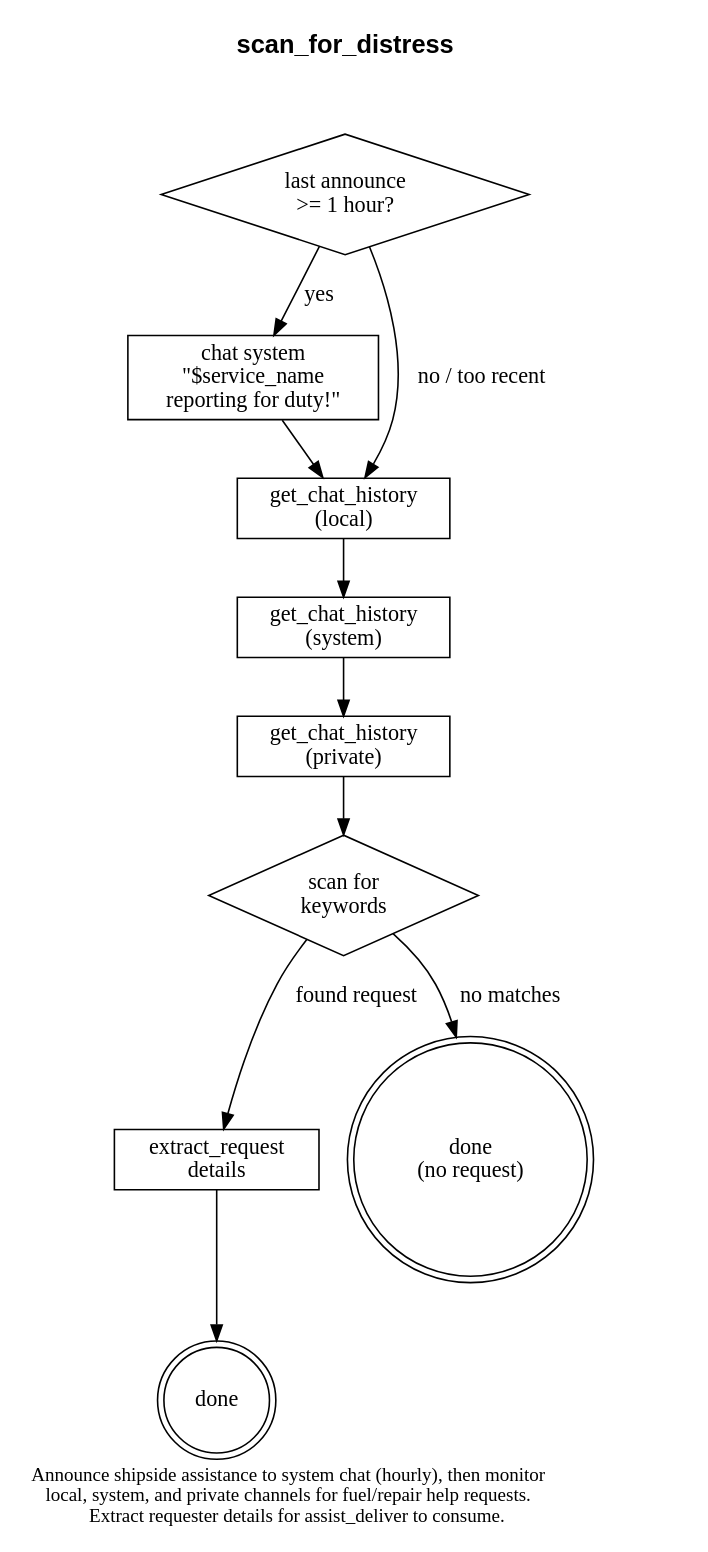
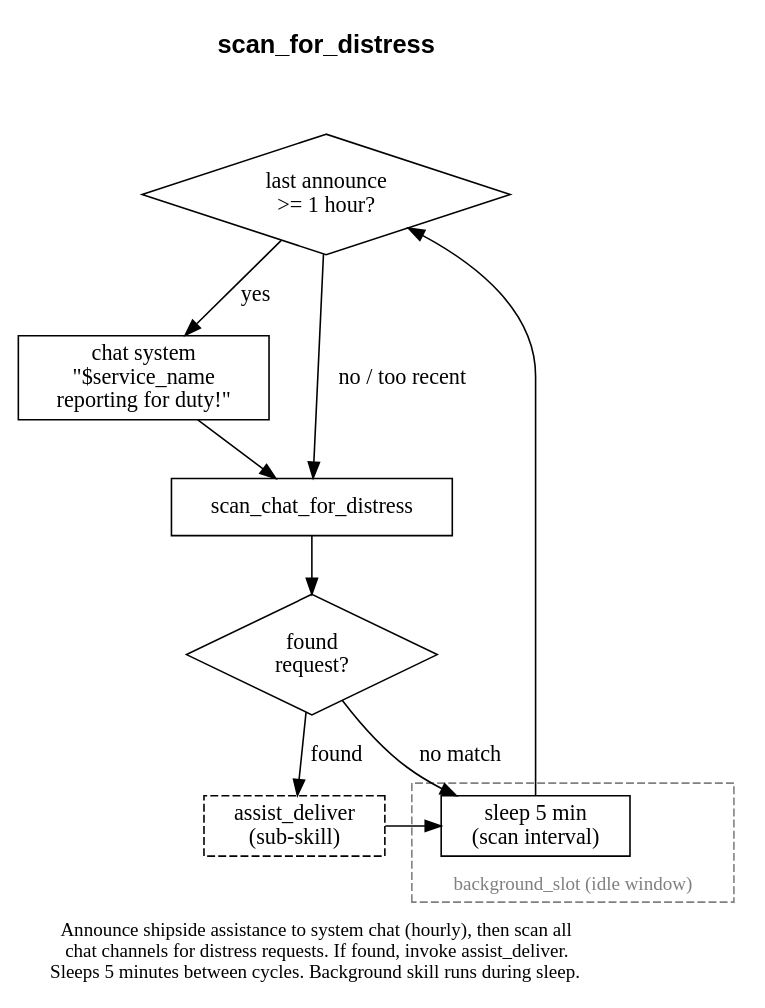
One commit to rsned/spacemolt changed the diagram in data/skills/scan_for_distress.dot. Above: the diagram before and after it, drawn with Graphviz. The commit also changed 6 other files, not shown here.

First line of the commit message:
feat(skills): add background_slot to scan_for_distress and mine_and_deposit skill

```diff
--- a/data/skills/scan_for_distress.dot
+++ b/data/skills/scan_for_distress.dot
@@ -1,33 +1,36 @@
 digraph scan_for_distress {
   label=<
-Announce shipside assistance to system chat (hourly), then monitor<br/>
-local, system, and private channels for fuel/repair help requests.<br/>
-Extract requester details for assist_deliver to consume.
+Announce shipside assistance to system chat (hourly), then scan all<br/>
+chat channels for distress requests. If found, invoke assist_deliver.<br/>
+Sleeps 5 minutes between cycles. Background skill runs during sleep.
 >
   labelloc=b
   fontsize=12
   rankdir=TB
 
   title [shape=none margin=0 fontsize=16 fontname="Helvetica-Bold" label="scan_for_distress"]
   title -> check_announce_cooldown [style=invis]
 
   check_announce_cooldown [shape=diamond label="last announce\n>= 1 hour?"]
   announce_services [shape=box label="chat system\n\"$service_name\nreporting for duty!\""]
-  get_local_chat [shape=box label="get_chat_history\n(local)"]
-  get_system_chat [shape=box label="get_chat_history\n(system)"]
-  get_private_chat [shape=box label="get_chat_history\n(private)"]
-  scan_messages [shape=diamond label="scan for\nkeywords"]
-  extract_request [shape=box label="extract_request\ndetails"]
-  done_no_request [shape=doublecircle label="done\n(no request)"]
-  done [shape=doublecircle label="done"]
+  scan_chats [shape=box label="scan_chat_for_distress"]
+  check_found [shape=diamond label="found\nrequest?"]
+  deliver_supplies [shape=box label="assist_deliver\n(sub-skill)" style=dashed]
+
+  subgraph cluster_idle {
+    label="background_slot (idle window)"
+    style=dashed
+    color=gray
+    fontcolor=gray
+    sleep_cycle [shape=box label="sleep 5 min\n(scan interval)"]
+  }
 
   check_announce_cooldown -> announce_services [label="yes"]
-  check_announce_cooldown -> get_local_chat [label="no / too recent"]
-  announce_services -> get_local_chat
-  get_local_chat -> get_system_chat
-  get_system_chat -> get_private_chat
-  get_private_chat -> scan_messages
-  scan_messages -> extract_request [label="found request"]
-  scan_messages -> done_no_request [label="no matches"]
-  extract_request -> done
+  check_announce_cooldown -> scan_chats [label="no / too recent"]
+  announce_services -> scan_chats
+  scan_chats -> check_found
+  check_found -> deliver_supplies [label="found"]
+  check_found -> sleep_cycle [label="no match"]
+  deliver_supplies -> sleep_cycle
+  sleep_cycle -> check_announce_cooldown
 }
```
